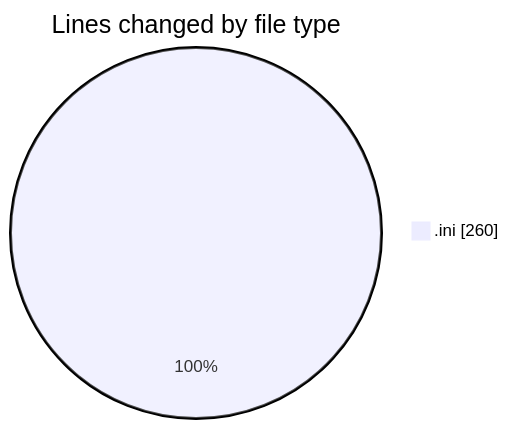
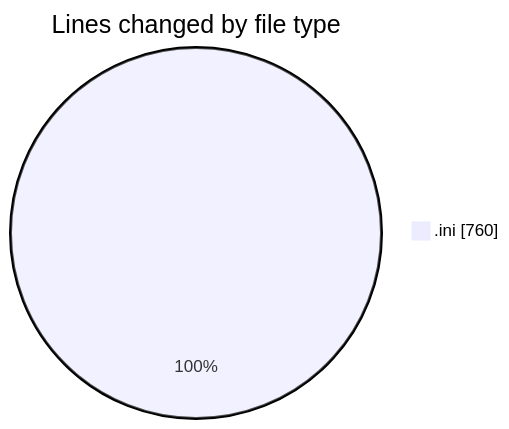
One commit to Netris89/code-tracking changed the first of 2 diagrams in 2025-08-03/data/README.md. Above: the diagram before and after it, drawn with Mermaid. The commit also changed other lines of this file and 1 other file, not shown here.

````diff
--- a/2025-08-03/data/README.md
+++ b/2025-08-03/data/README.md
@@ -20,5 +20,5 @@
 ```mermaid
 pie showData
 title Lines changed by file type
-".ini" : 260
+".ini" : 760
 ```
````
